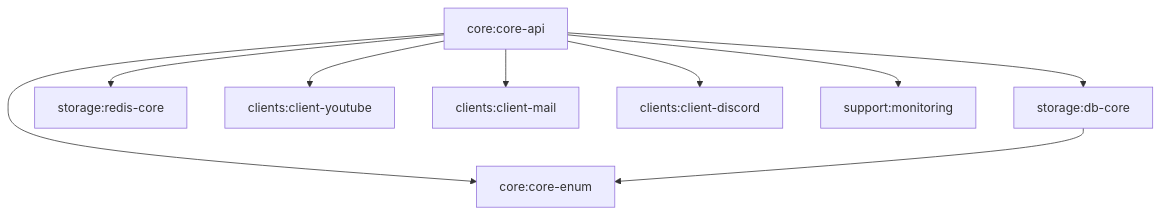
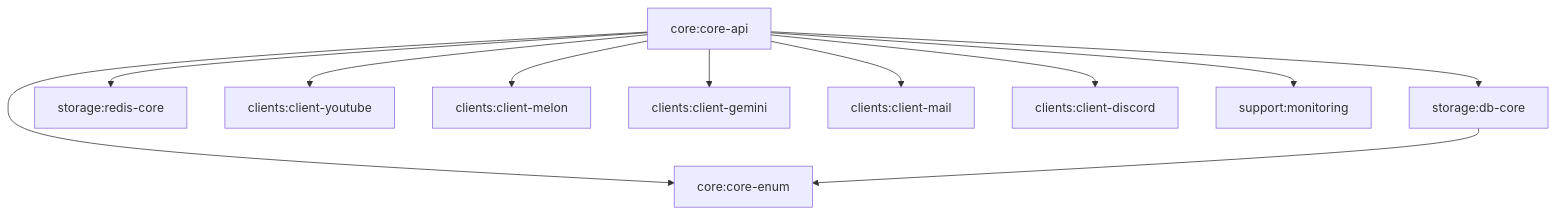
One commit to gudwns1812/FunGame changed the second of 2 diagrams in backend/ARCHITECTURE.md. Above: the diagram before and after it, drawn with Mermaid. The commit also changed other lines of this file and 51 other files, not shown here.

````diff
--- a/backend/ARCHITECTURE.md
+++ b/backend/ARCHITECTURE.md
@@ -106,21 +110,25 @@
 ```mermaid
 graph TD
     core-api["core:core-api"]
     core-enum["core:core-enum"]
     db-core["storage:db-core"]
     redis-core["storage:redis-core"]
     youtube["clients:client-youtube"]
+    melon["clients:client-melon"]
+    gemini["clients:client-gemini"]
     mail["clients:client-mail"]
     discord["clients:client-discord"]
     monitoring["support:monitoring"]
 
     core-api --> core-enum
     core-api --> db-core
     core-api --> redis-core
     core-api --> youtube
+    core-api --> melon
+    core-api --> gemini
     core-api --> mail
     core-api --> discord
     core-api --> monitoring
 
     db-core --> core-enum
 ```
````
